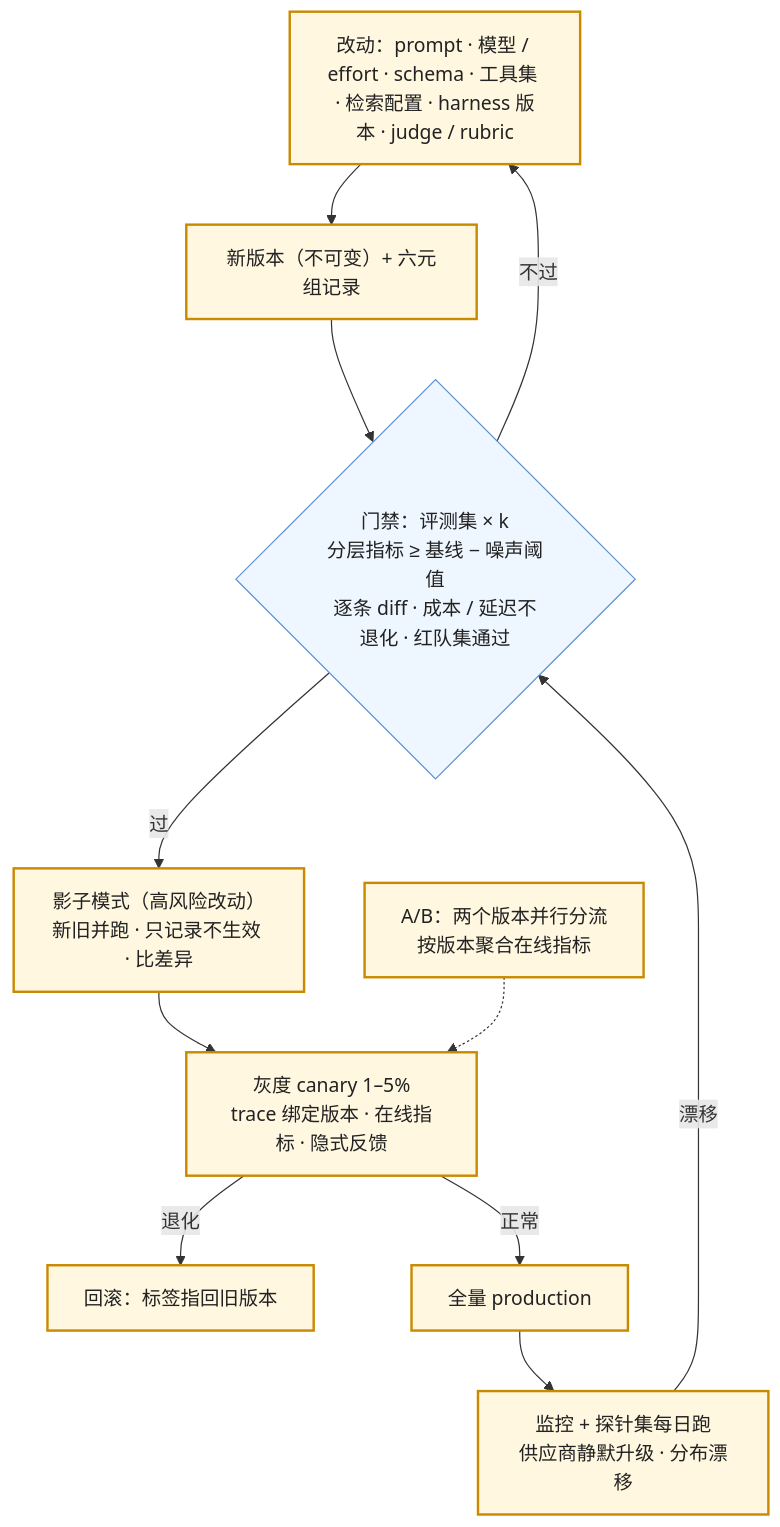
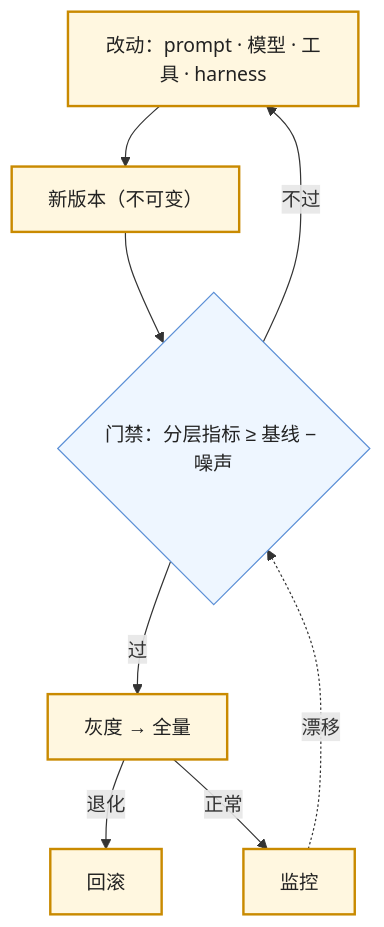
The fifth of 9 diagrams in slides/2026-11-06-evals-and-observability.md (arganzheng/arganzheng.github.com), drawn with Mermaid before and after one commit. The commit also changed other lines of this file, not shown here.

Commit message:
slides/evals-and-observability: cut/shorten mermaid diagrams below 14px rendered text (check-render smalltext/overlap)

````diff
--- a/slides/2026-11-06-evals-and-observability.md
+++ b/slides/2026-11-06-evals-and-observability.md
@@ -155,19 +154,16 @@
 ```mermaid
 %%{init: {"flowchart": {"wrappingWidth": 180}}}%%
 flowchart TB
-    CH["改动：prompt · 模型 / effort · schema · 工具集 · 检索配置 · harness 版本 · judge / rubric"] --> V["新版本（不可变）+ 六元组记录"]
-    V --> G{"门禁：评测集 × k<br/>分层指标 ≥ 基线 − 噪声阈值<br/>逐条 diff · 成本 / 延迟不退化 · 红队集通过"}
+    CH["改动：prompt · 模型 · 工具 · harness"] --> V["新版本（不可变）"]
+    V --> G{"门禁：分层指标 ≥ 基线 − 噪声"}
     G -->|"不过"| CH
-    G -->|"过"| S["影子模式（高风险改动）<br/>新旧并跑 · 只记录不生效 · 比差异"]
-    S --> C["灰度 canary 1–5%<br/>trace 绑定版本 · 在线指标 · 隐式反馈"]
-    C -->|"退化"| RB["回滚：标签指回旧版本"]
-    C -->|"正常"| P["全量 production"]
-    P --> M["监控 + 探针集每日跑<br/>供应商静默升级 · 分布漂移"]
-    M -->|"漂移"| G
-    AB["A/B：两个版本并行分流<br/>按版本聚合在线指标"] -.-> C
+    G -->|"过"| C["灰度 → 全量"]
+    C -->|"退化"| RB["回滚"]
+    C -->|"正常"| P["监控"]
+    P -. "漂移" .-> G
 
     classDef step fill:#fff7e0,stroke:#c98a00,stroke-width:2px,color:#222
     classDef gate fill:#eef6ff,stroke:#5b8fd6,color:#222
     class CH,V,S,C,P,M,RB,AB step
     class G gate
 ```
````
